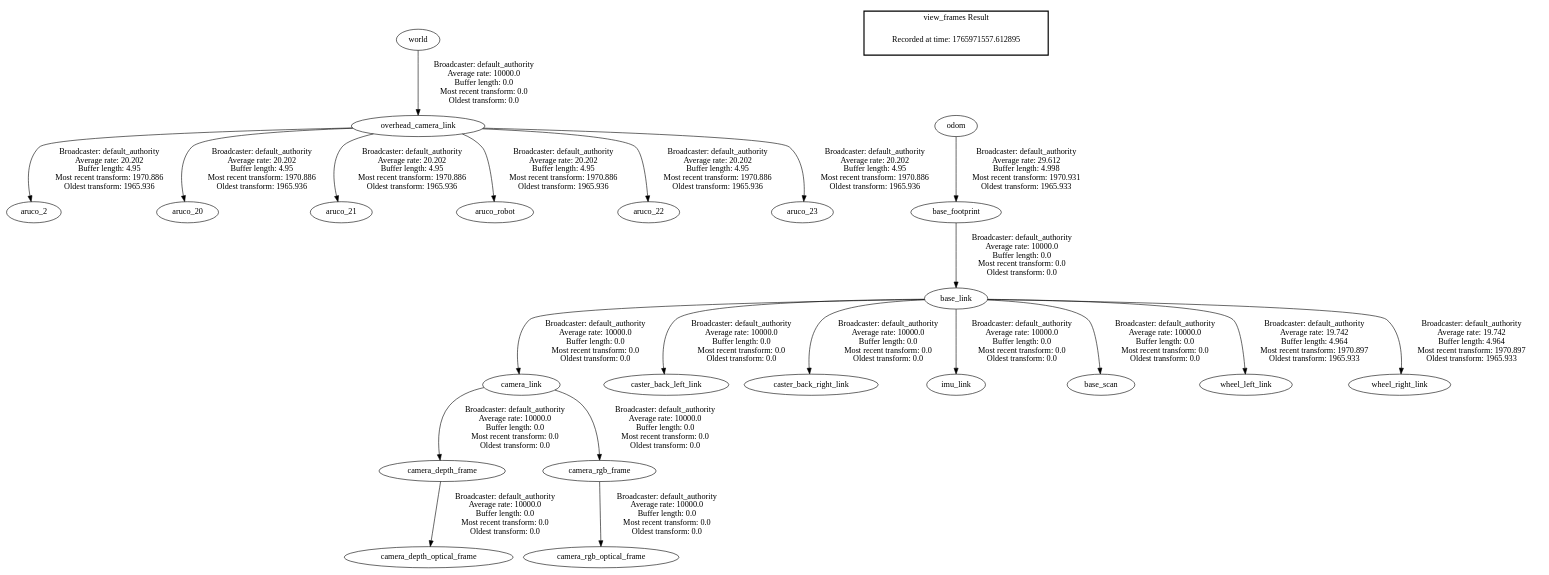
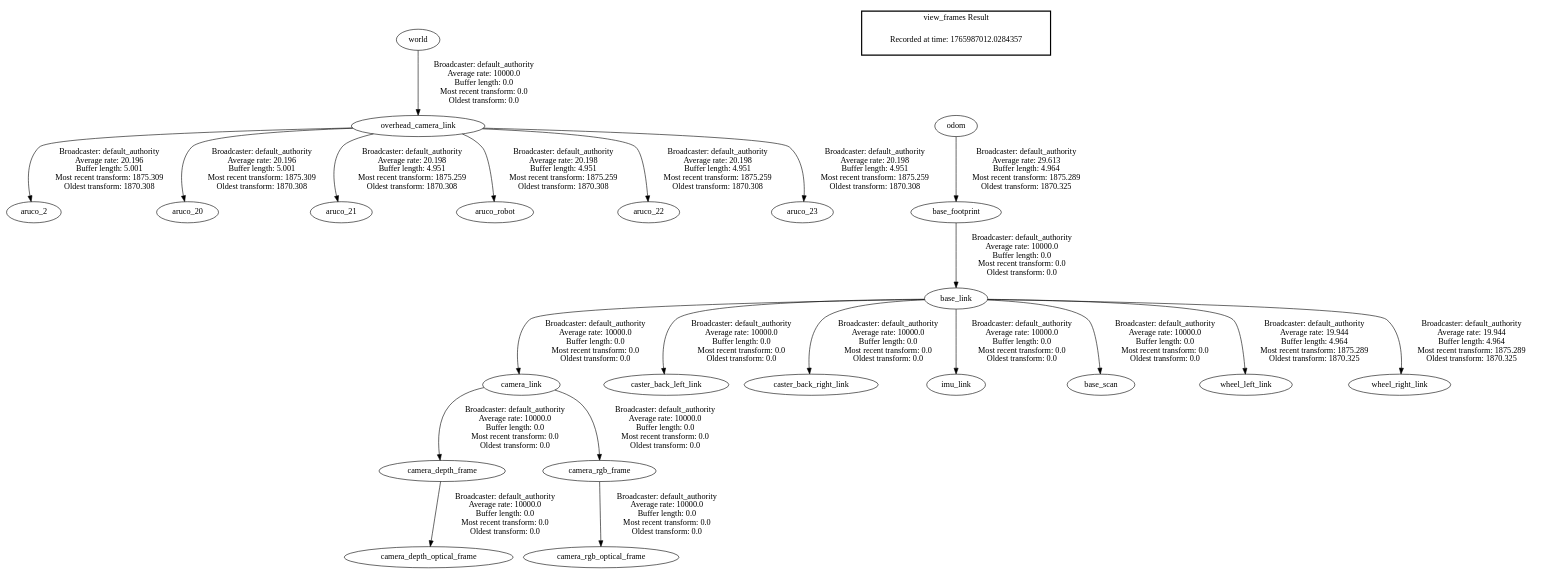
Before and after one commit to wormi10/g06_prii3_wsv2: the diagram in frames.gv, drawn with Graphviz. The commit also changed 6 other files, not shown here.

```diff
--- a/frames.gv
+++ b/frames.gv
@@ -1,26 +1,26 @@
 digraph G {
+"overhead_camera_link" -> "aruco_2"[label=" Broadcaster: default_authority\nAverage rate: 20.196\nBuffer length: 5.001\nMost recent transform: 1875.309\nOldest transform: 1870.308\n"];
 "world" -> "overhead_camera_link"[label=" Broadcaster: default_authority\nAverage rate: 10000.0\nBuffer length: 0.0\nMost recent transform: 0.0\nOldest transform: 0.0\n"];
+"overhead_camera_link" -> "aruco_20"[label=" Broadcaster: default_authority\nAverage rate: 20.196\nBuffer length: 5.001\nMost recent transform: 1875.309\nOldest transform: 1870.308\n"];
 "base_footprint" -> "base_link"[label=" Broadcaster: default_authority\nAverage rate: 10000.0\nBuffer length: 0.0\nMost recent transform: 0.0\nOldest transform: 0.0\n"];
-"odom" -> "base_footprint"[label=" Broadcaster: default_authority\nAverage rate: 29.612\nBuffer length: 4.998\nMost recent transform: 1970.931\nOldest transform: 1965.933\n"];
+"odom" -> "base_footprint"[label=" Broadcaster: default_authority\nAverage rate: 29.613\nBuffer length: 4.964\nMost recent transform: 1875.289\nOldest transform: 1870.325\n"];
 "camera_link" -> "camera_depth_frame"[label=" Broadcaster: default_authority\nAverage rate: 10000.0\nBuffer length: 0.0\nMost recent transform: 0.0\nOldest transform: 0.0\n"];
 "base_link" -> "camera_link"[label=" Broadcaster: default_authority\nAverage rate: 10000.0\nBuffer length: 0.0\nMost recent transform: 0.0\nOldest transform: 0.0\n"];
 "camera_depth_frame" -> "camera_depth_optical_frame"[label=" Broadcaster: default_authority\nAverage rate: 10000.0\nBuffer length: 0.0\nMost recent transform: 0.0\nOldest transform: 0.0\n"];
 "camera_link" -> "camera_rgb_frame"[label=" Broadcaster: default_authority\nAverage rate: 10000.0\nBuffer length: 0.0\nMost recent transform: 0.0\nOldest transform: 0.0\n"];
 "camera_rgb_frame" -> "camera_rgb_optical_frame"[label=" Broadcaster: default_authority\nAverage rate: 10000.0\nBuffer length: 0.0\nMost recent transform: 0.0\nOldest transform: 0.0\n"];
 "base_link" -> "caster_back_left_link"[label=" Broadcaster: default_authority\nAverage rate: 10000.0\nBuffer length: 0.0\nMost recent transform: 0.0\nOldest transform: 0.0\n"];
 "base_link" -> "caster_back_right_link"[label=" Broadcaster: default_authority\nAverage rate: 10000.0\nBuffer length: 0.0\nMost recent transform: 0.0\nOldest transform: 0.0\n"];
 "base_link" -> "imu_link"[label=" Broadcaster: default_authority\nAverage rate: 10000.0\nBuffer length: 0.0\nMost recent transform: 0.0\nOldest transform: 0.0\n"];
 "base_link" -> "base_scan"[label=" Broadcaster: default_authority\nAverage rate: 10000.0\nBuffer length: 0.0\nMost recent transform: 0.0\nOldest transform: 0.0\n"];
-"base_link" -> "wheel_left_link"[label=" Broadcaster: default_authority\nAverage rate: 19.742\nBuffer length: 4.964\nMost recent transform: 1970.897\nOldest transform: 1965.933\n"];
-"base_link" -> "wheel_right_link"[label=" Broadcaster: default_authority\nAverage rate: 19.742\nBuffer length: 4.964\nMost recent transform: 1970.897\nOldest transform: 1965.933\n"];
-"overhead_camera_link" -> "aruco_2"[label=" Broadcaster: default_authority\nAverage rate: 20.202\nBuffer length: 4.95\nMost recent transform: 1970.886\nOldest transform: 1965.936\n"];
-"overhead_camera_link" -> "aruco_20"[label=" Broadcaster: default_authority\nAverage rate: 20.202\nBuffer length: 4.95\nMost recent transform: 1970.886\nOldest transform: 1965.936\n"];
-"overhead_camera_link" -> "aruco_21"[label=" Broadcaster: default_authority\nAverage rate: 20.202\nBuffer length: 4.95\nMost recent transform: 1970.886\nOldest transform: 1965.936\n"];
-"overhead_camera_link" -> "aruco_robot"[label=" Broadcaster: default_authority\nAverage rate: 20.202\nBuffer length: 4.95\nMost recent transform: 1970.886\nOldest transform: 1965.936\n"];
-"overhead_camera_link" -> "aruco_22"[label=" Broadcaster: default_authority\nAverage rate: 20.202\nBuffer length: 4.95\nMost recent transform: 1970.886\nOldest transform: 1965.936\n"];
-"overhead_camera_link" -> "aruco_23"[label=" Broadcaster: default_authority\nAverage rate: 20.202\nBuffer length: 4.95\nMost recent transform: 1970.886\nOldest transform: 1965.936\n"];
+"overhead_camera_link" -> "aruco_21"[label=" Broadcaster: default_authority\nAverage rate: 20.198\nBuffer length: 4.951\nMost recent transform: 1875.259\nOldest transform: 1870.308\n"];
+"overhead_camera_link" -> "aruco_robot"[label=" Broadcaster: default_authority\nAverage rate: 20.198\nBuffer length: 4.951\nMost recent transform: 1875.259\nOldest transform: 1870.308\n"];
+"overhead_camera_link" -> "aruco_22"[label=" Broadcaster: default_authority\nAverage rate: 20.198\nBuffer length: 4.951\nMost recent transform: 1875.259\nOldest transform: 1870.308\n"];
+"overhead_camera_link" -> "aruco_23"[label=" Broadcaster: default_authority\nAverage rate: 20.198\nBuffer length: 4.951\nMost recent transform: 1875.259\nOldest transform: 1870.308\n"];
+"base_link" -> "wheel_left_link"[label=" Broadcaster: default_authority\nAverage rate: 19.944\nBuffer length: 4.964\nMost recent transform: 1875.289\nOldest transform: 1870.325\n"];
+"base_link" -> "wheel_right_link"[label=" Broadcaster: default_authority\nAverage rate: 19.944\nBuffer length: 4.964\nMost recent transform: 1875.289\nOldest transform: 1870.325\n"];
 edge [style=invis];
  subgraph cluster_legend { style=bold; color=black; label ="view_frames Result";
-"Recorded at time: 1765971557.612895"[ shape=plaintext ] ;
+"Recorded at time: 1765987012.0284357"[ shape=plaintext ] ;
 }->"odom";
 }
```
